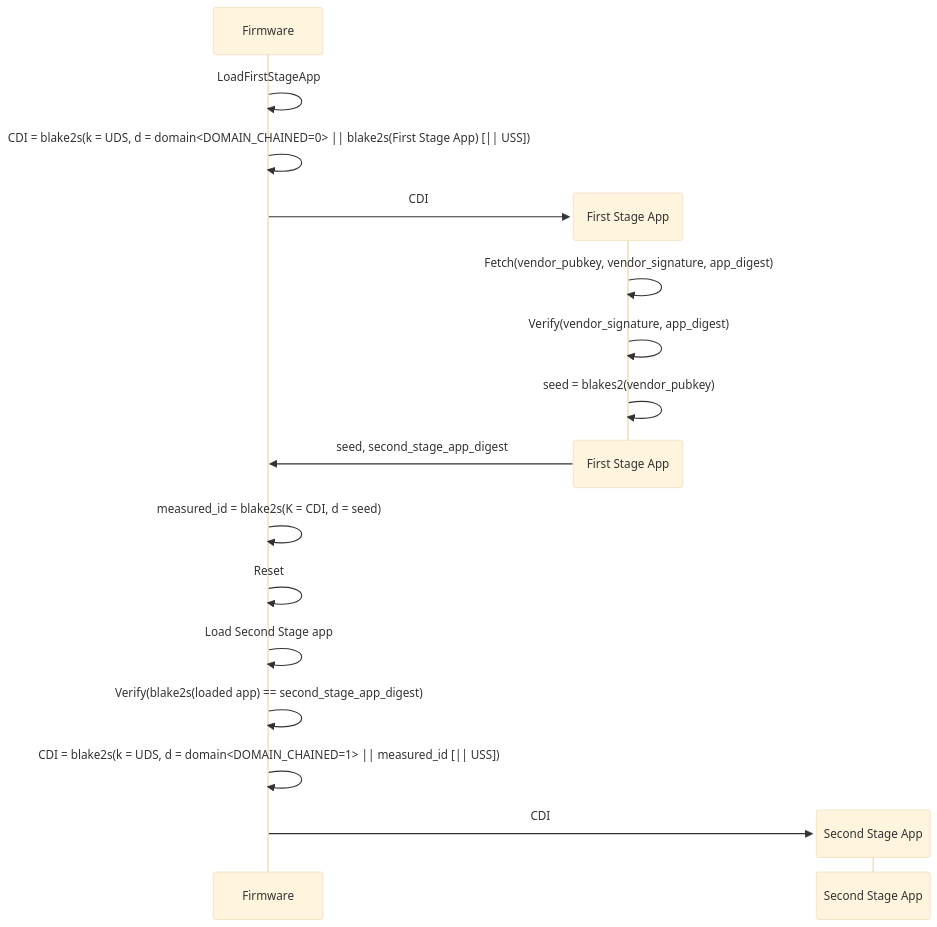
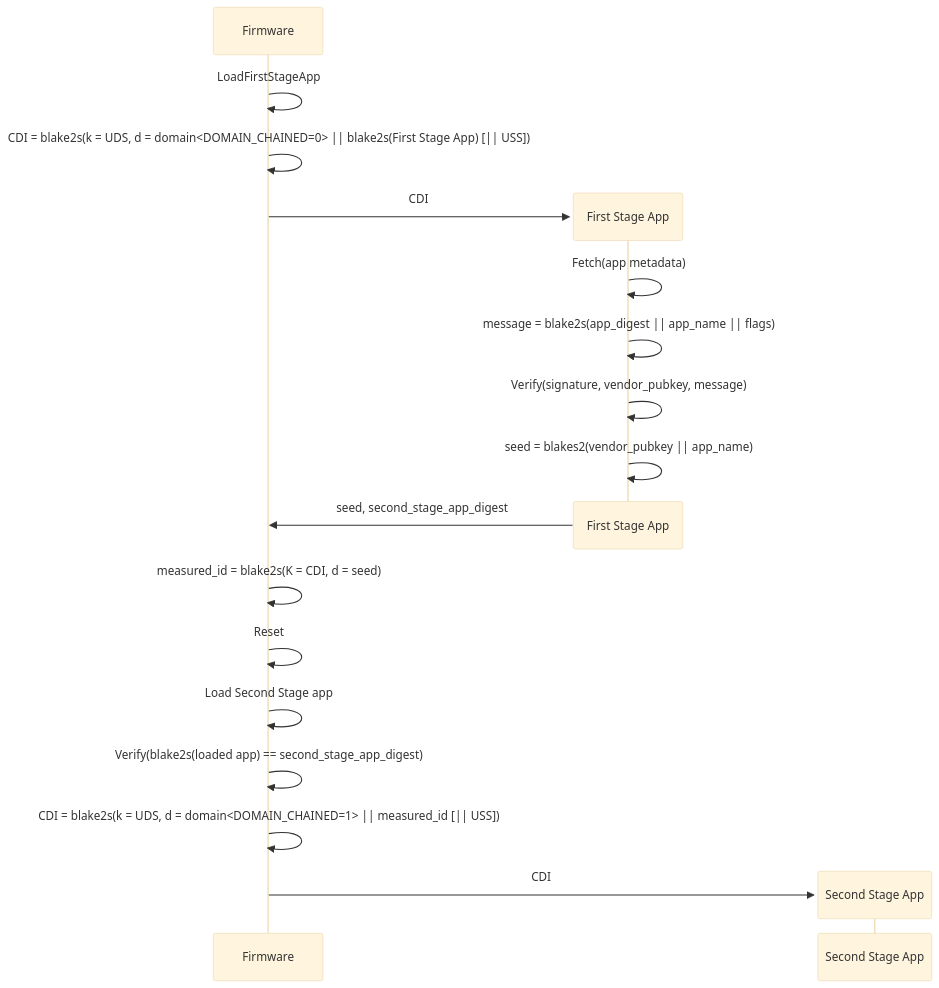
The first of 3 diagrams in doc/design.md (tillitis/tkey-boot-verifier), drawn with Mermaid (base theme) before and after one commit. The commit also changed other lines of this file, not shown here.

````diff
--- a/doc/design.md
+++ b/doc/design.md
@@ -163,19 +166,20 @@
 ```mermaid
 sequenceDiagram
     Firmware->>Firmware: LoadFirstStageApp
     Firmware->>Firmware: CDI = blake2s(k = UDS, d = domain<DOMAIN_CHAINED=0> || blake2s(First Stage App) [|| USS])
     create participant First Stage App
     Firmware->>First Stage App: CDI
-    First Stage App->>First Stage App: Fetch(vendor_pubkey, vendor_signature, app_digest)
-    First Stage App->>First Stage App: Verify(vendor_signature, app_digest)
-    First Stage App->>First Stage App: seed = blakes2(vendor_pubkey)
+    First Stage App->>First Stage App: Fetch(app metadata)
+    First Stage App->>First Stage App: message = blake2s(app_digest || app_name || flags) 
+    First Stage App->>First Stage App: Verify(signature, vendor_pubkey, message)
+    First Stage App->>First Stage App: seed = blakes2(vendor_pubkey || app_name)
     destroy First Stage App
     First Stage App->>Firmware: seed, second_stage_app_digest
     Firmware->>Firmware: measured_id = blake2s(K = CDI, d = seed)
     Firmware->>Firmware: Reset
     Firmware->>Firmware: Load Second Stage app
     Firmware->>Firmware: Verify(blake2s(loaded app) == second_stage_app_digest)
     Firmware->>Firmware: CDI = blake2s(k = UDS, d = domain<DOMAIN_CHAINED=1> || measured_id [|| USS])
     create participant Second Stage App
     Firmware->>Second Stage App: CDI
 ```
````
